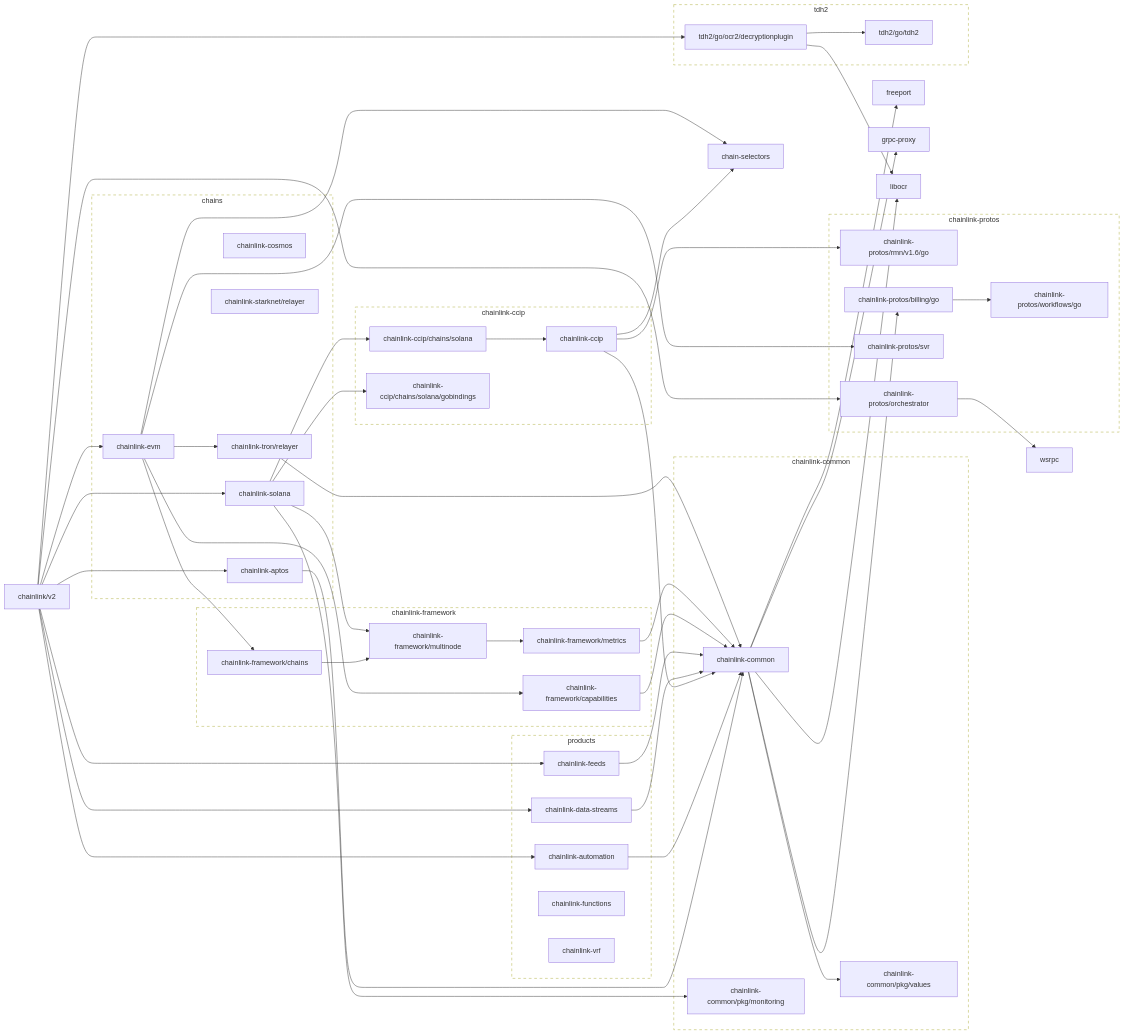
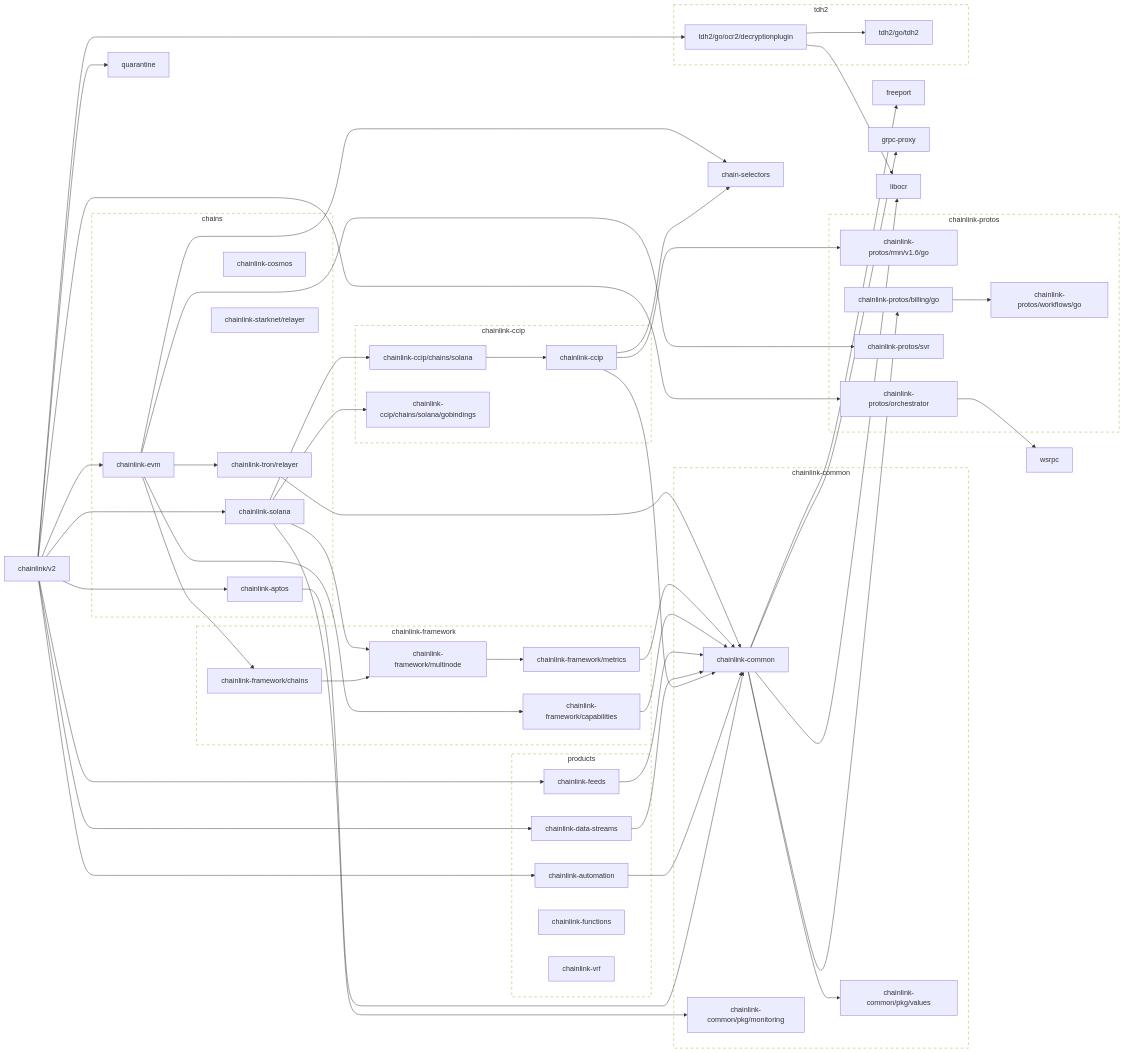
One commit to JohnDaWalka/chainlink changed the first of 2 diagrams in go.md. Above: the diagram before and after it, drawn with Mermaid. The commit also changed other lines of this file and 30 other files, not shown here.

```diff
--- a/go.md
+++ b/go.md
@@ -88,6 +88,7 @@
 	chainlink/v2 --> chainlink-feeds
 	chainlink/v2 --> chainlink-protos/orchestrator
 	chainlink/v2 --> chainlink-solana
+	chainlink/v2 --> quarantine
 	chainlink/v2 --> tdh2/go/ocr2/decryptionplugin
 	click chainlink/v2 href "https://github.com/smartcontractkit/chainlink"
 	freeport
@@ -96,6 +97,8 @@
 	click grpc-proxy href "https://github.com/smartcontractkit/grpc-proxy"
 	libocr
 	click libocr href "https://github.com/smartcontractkit/libocr"
+	quarantine
+	click quarantine href "https://github.com/smartcontractkit/quarantine"
 	tdh2/go/ocr2/decryptionplugin --> libocr
 	tdh2/go/ocr2/decryptionplugin --> tdh2/go/tdh2
 	click tdh2/go/ocr2/decryptionplugin href "https://github.com/smartcontractkit/tdh2"
```
